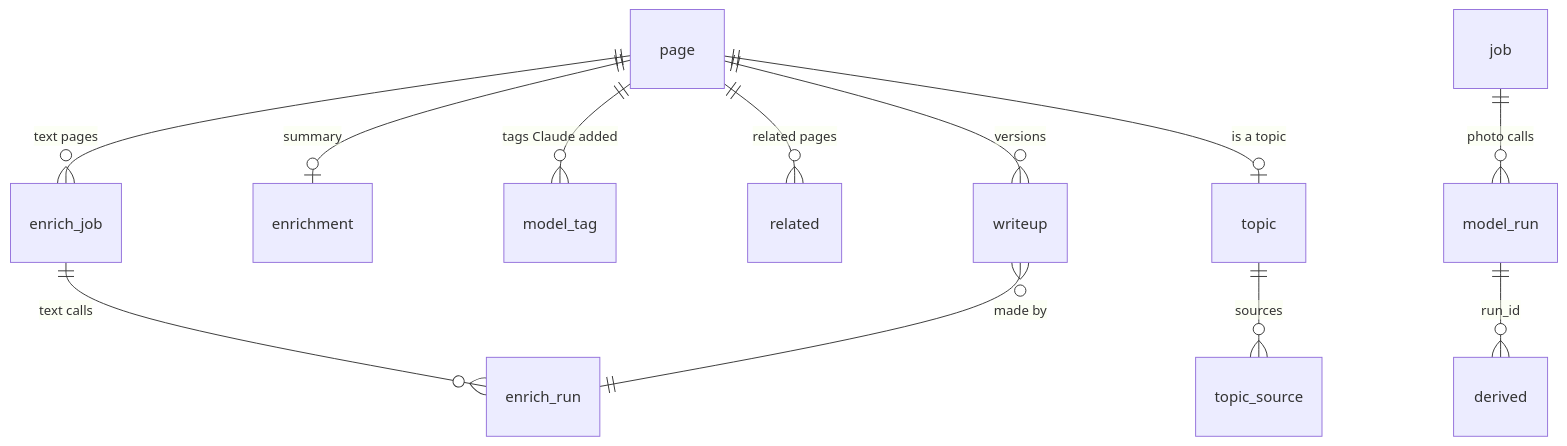
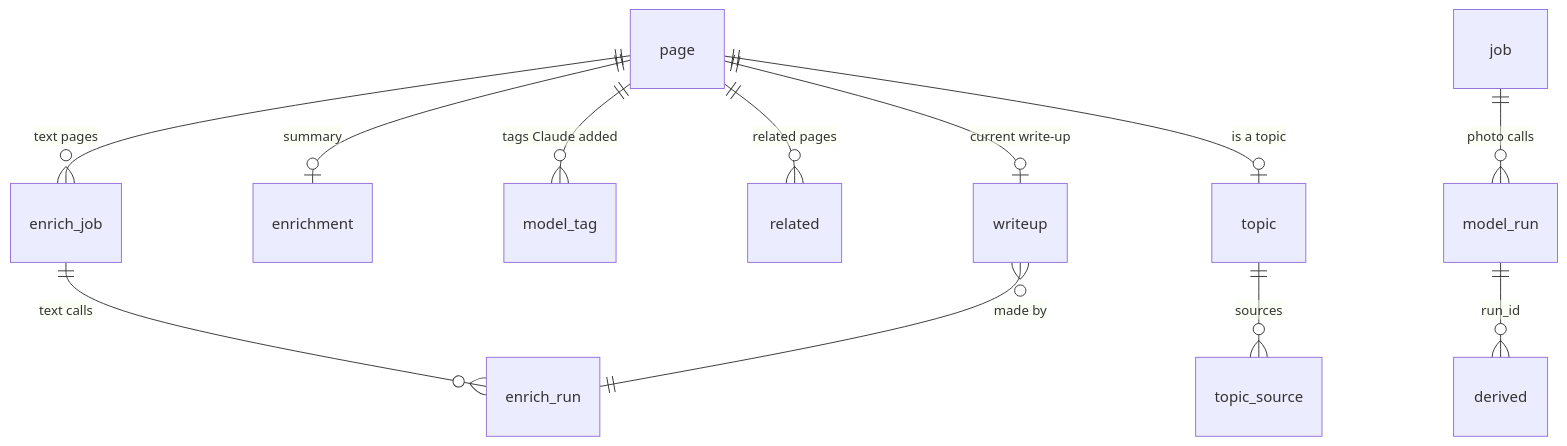
Before and after one commit to gilesknap/scrap: the second of 5 diagrams in docs/explanations/architecture/data-model.md, drawn with Mermaid. The commit also changed other lines of this file and 46 other files, not shown here.

````diff
--- a/docs/explanations/architecture/data-model.md
+++ b/docs/explanations/architecture/data-model.md
@@ -96,14 +96,14 @@
 ```mermaid
 erDiagram
     page ||--o{ enrich_job : "text pages"
     page ||--o| enrichment : summary
     page ||--o{ model_tag : "tags Claude added"
     page ||--o{ related : "related pages"
-    page ||--o{ writeup : "versions"
+    page ||--o| writeup : "current write-up"
     page ||--o| topic : "is a topic"
     topic ||--o{ topic_source : sources
     job ||--o{ model_run : "photo calls"
     enrich_job ||--o{ enrich_run : "text calls"
     writeup }o--|| enrich_run : "made by"
     model_run ||--o{ derived : "run_id"
 ```
````
